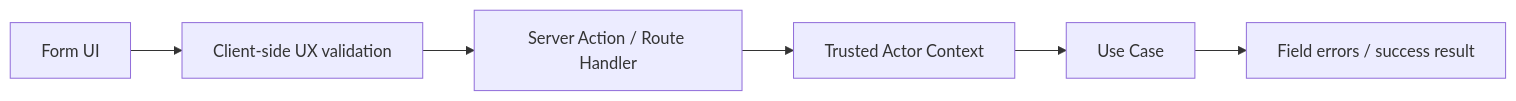
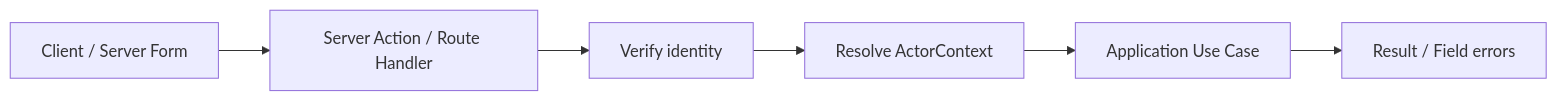
One commit to 369sup/worksync-hr changed the diagram in docs/05-frontend/forms.md. Above: the diagram before and after it, drawn with Mermaid. The commit also changed other lines of this file and 40 other files, not shown here.

Commit message:
Refactor leave workflow architecture and UI

````diff
--- a/docs/05-frontend/forms.md
+++ b/docs/05-frontend/forms.md
@@ -7,8 +3,8 @@
 ```mermaid
 flowchart LR
-  UI[Form UI] --> CLIENT[Client-side UX validation]
-  CLIENT --> ACTION[Server Action / Route Handler]
-  ACTION --> ACTOR[Trusted Actor Context]
-  ACTOR --> UC[Use Case]
-  UC --> RESULT[Field errors / success result]
+  FORM["Client / Server Form"] --> ADP["Server Action / Route Handler"]
+  ADP --> ID["Verify identity"]
+  ID --> ACT["Resolve ActorContext"]
+  ACT --> UC["Application Use Case"]
+  UC --> RES["Result / Field errors"]
 ```
````
